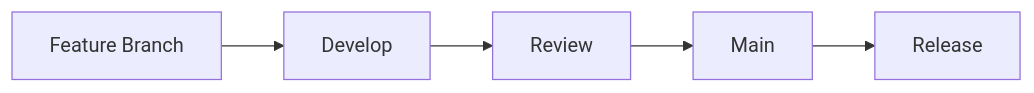
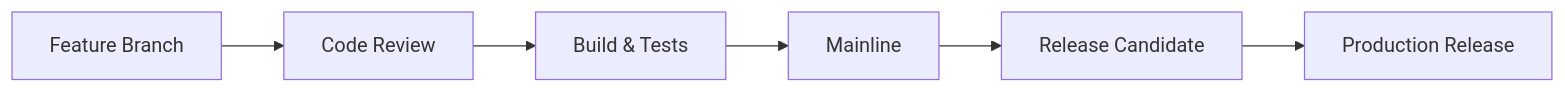
One commit to Villeust/security-platform changed the third of 3 diagrams in README.md. Above: the diagram before and after it, drawn with Mermaid. The commit also changed other lines of this file and 9 other files, not shown here.

````diff
--- a/README.md
+++ b/README.md
@@ -216,7 +344,8 @@
 ```mermaid
 flowchart LR
-    Feature[Feature Branch] --> Develop[Develop]
-    Develop --> Review[Review]
-    Review --> Main[Main]
-    Main --> Release[Release]
+    Feature[Feature Branch] --> Review[Code Review]
+    Review --> Validation[Build & Tests]
+    Validation --> Main[Mainline]
+    Main --> Release[Release Candidate]
+    Release --> Production[Production Release]
 ```
````
